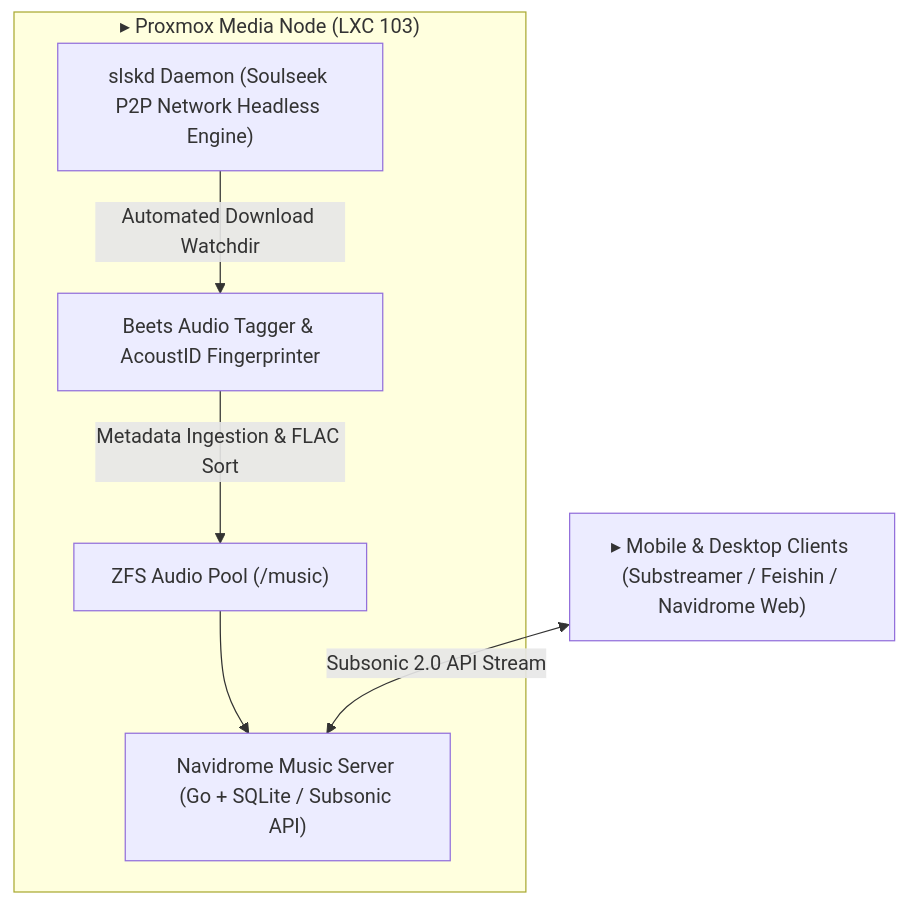
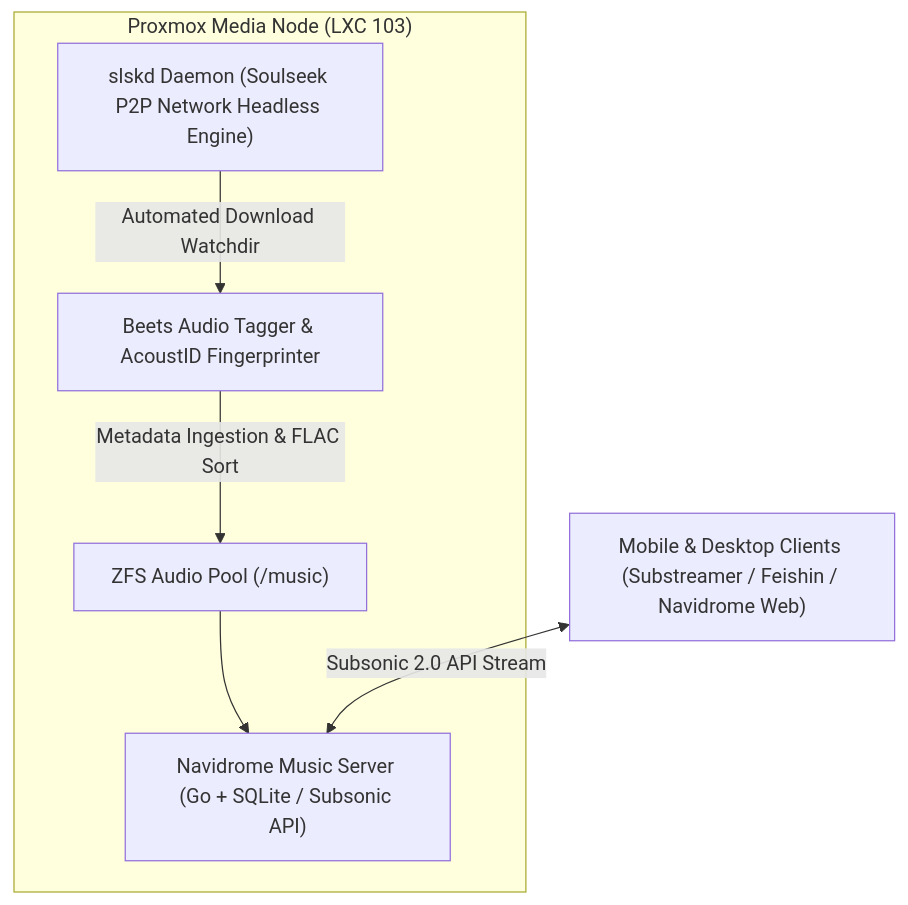
One commit to IAndrexI/documentation changed the diagram in docs/apps/services/media.md. Above: the diagram before and after it, drawn with Mermaid. The commit also changed other lines of this file and 39 other files, not shown here.

````diff
--- a/docs/apps/services/media.md
+++ b/docs/apps/services/media.md
@@ -7,16 +7,16 @@
 ```mermaid
 graph TD
-    Client["▸ Mobile & Desktop Clients (Substreamer / Feishin / Navidrome Web)"]
+    Client["Mobile & Desktop Clients (Substreamer / Feishin / Navidrome Web)"]
     
-    subgraph ProxmoxMedia["▸ Proxmox Media Node (LXC 103)"]
+    subgraph ProxmoxMedia["Proxmox Media Node (LXC 103)"]
         Navidrome["Navidrome Music Server (Go + SQLite / Subsonic API)"]
         Slskd["slskd Daemon (Soulseek P2P Network Headless Engine)"]
         Beets["Beets Audio Tagger & AcoustID Fingerprinter"]
         
         Slskd -->|Automated Download Watchdir| Beets
         Beets -->|Metadata Ingestion & FLAC Sort| Storage["ZFS Audio Pool (/music)"]
         Storage --> Navidrome
     end
 
     Client <-->|Subsonic 2.0 API Stream| Navidrome
 ```
````
